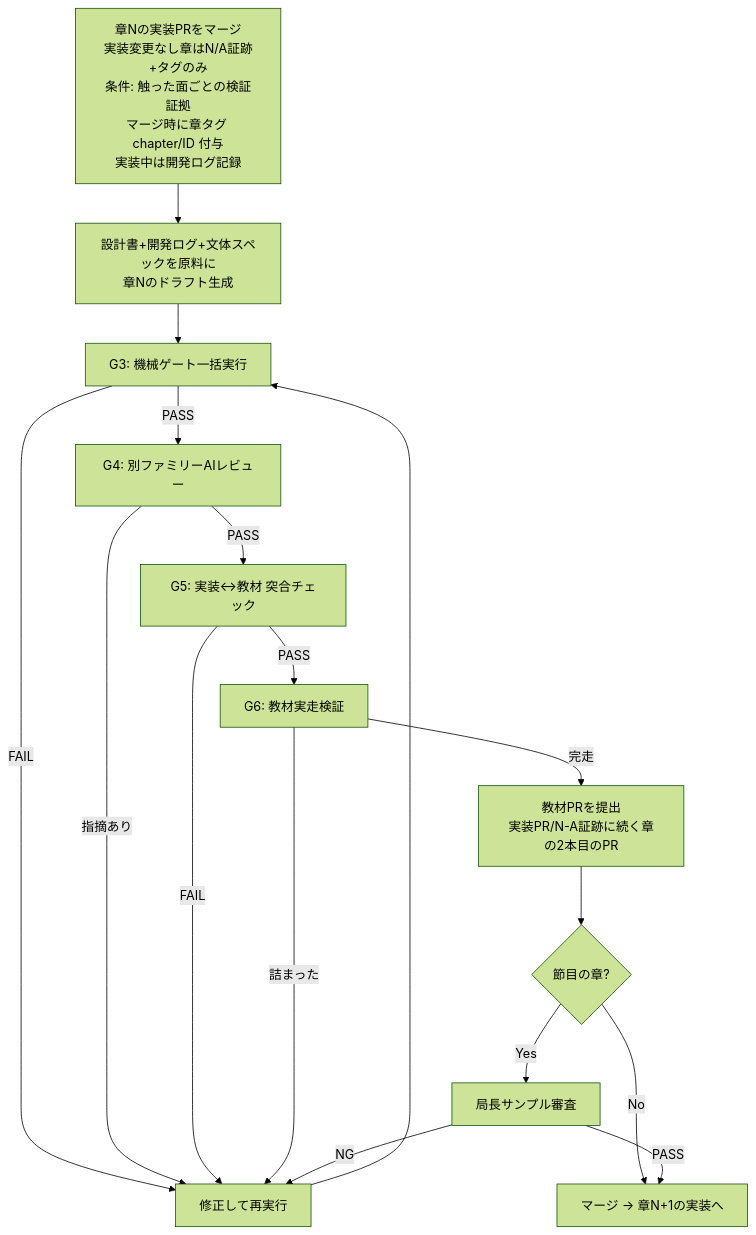
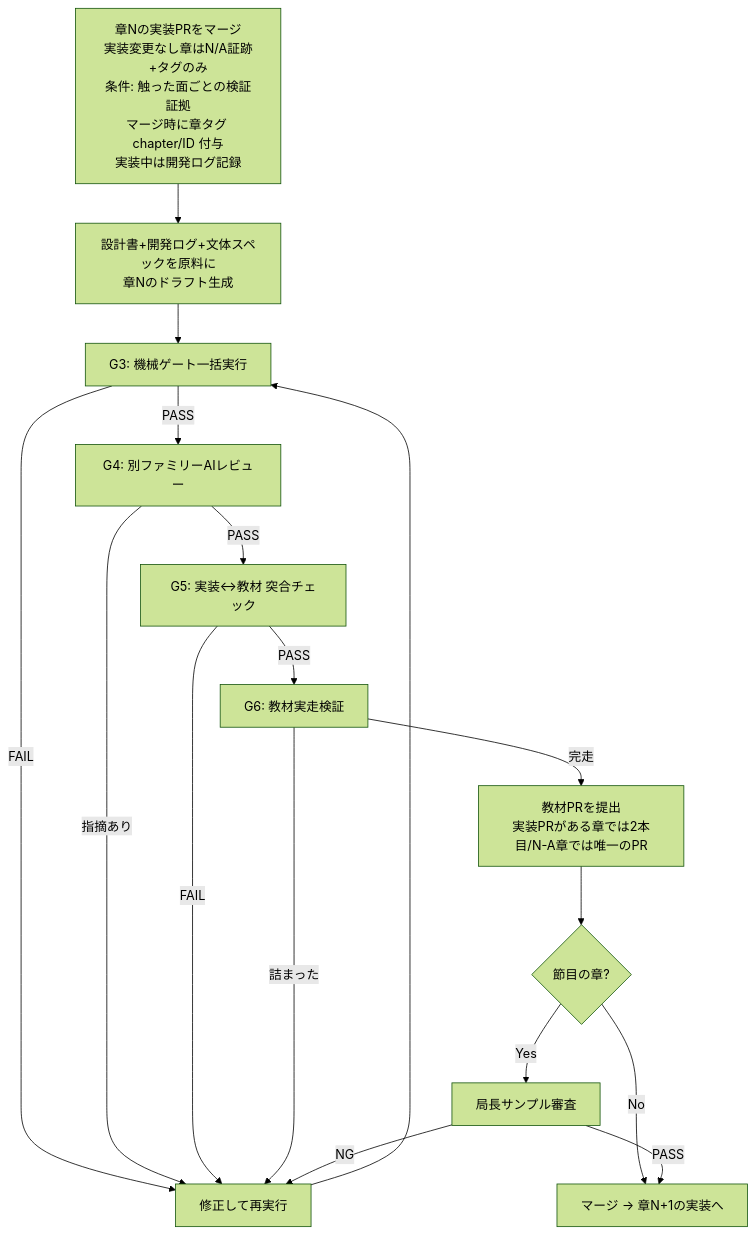
Before and after one commit to kouiso/sns-app: the diagram in material/10_教材制作フロー.md, drawn with Mermaid (forest theme). The commit also changed 4 other files, not shown here.

````diff
--- a/material/10_教材制作フロー.md
+++ b/material/10_教材制作フロー.md
@@ -128,18 +128,18 @@
 ```mermaid
 flowchart TD
   Z[章Nの実装PRをマージ<br>実装変更なし章はN/A証跡+タグのみ<br>条件: 触った面ごとの検証証拠<br>マージ時に章タグ chapter/ID 付与<br>実装中は開発ログ記録] --> A[設計書+開発ログ+文体スペックを原料に<br>章Nのドラフト生成]
   A --> B[G3: 機械ゲート一括実行]
   B -->|FAIL| A2[修正して再実行] --> B
   B -->|PASS| C[G4: 別ファミリーAIレビュー]
   C -->|指摘あり| A2
   C -->|PASS| D[G5: 実装↔教材 突合チェック]
   D -->|FAIL| A2
   D -->|PASS| D2[G6: 教材実走検証]
   D2 -->|詰まった| A2
-  D2 -->|完走| E[教材PRを提出<br>実装PR/N-A証跡に続く章の2本目のPR]
+  D2 -->|完走| E[教材PRを提出<br>実装PRがある章では2本目/N-A章では唯一のPR]
   E --> F{節目の章?}
   F -->|Yes| G[局長サンプル審査]
   F -->|No| H[マージ → 章N+1の実装へ]
   G -->|PASS| H
   G -->|NG| A2
 ```
````
